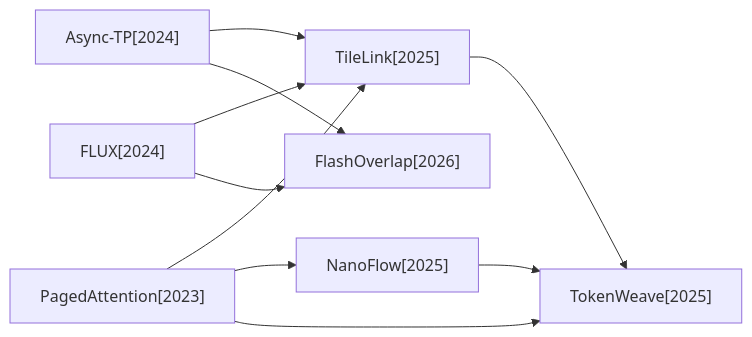
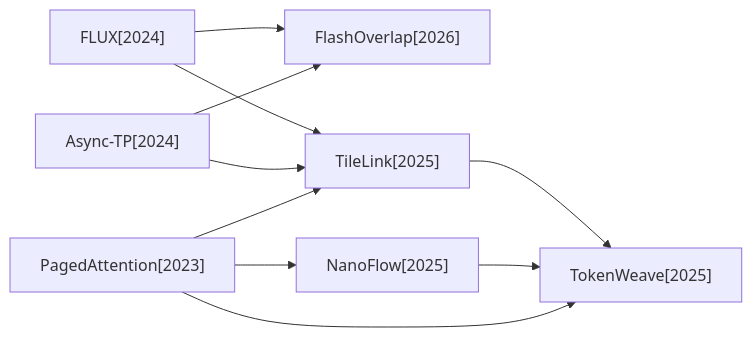
Before and after one commit to hustzxd/EfficientPaper: the first of 5 diagrams in docs/baseline_methods_graph.md, drawn with Mermaid. The commit also changed other lines of this file and 2 other files, not shown here.

````diff
--- a/docs/baseline_methods_graph.md
+++ b/docs/baseline_methods_graph.md
@@ -7,19 +7,19 @@
 ```mermaid
 flowchart LR
+    2026_FlashOverlap["FlashOverlap[2026]"]
+    2024_FLUX["FLUX[2024]"]
+    2024_Async_TP["Async-TP[2024]"]
+    2025_TokenWeave["TokenWeave[2025]"]
     2025_TileLink["TileLink[2025]"]
-    2026_FlashOverlap["FlashOverlap[2026]"]
     2025_NanoFlow["NanoFlow[2025]"]
     2023_PagedAttention["PagedAttention[2023]"]
-    2024_Async_TP["Async-TP[2024]"]
-    2024_FLUX["FLUX[2024]"]
-    2025_TokenWeave["TokenWeave[2025]"]
+    2024_FLUX --> 2025_TileLink
+    2024_FLUX --> 2026_FlashOverlap
+    2024_Async_TP --> 2025_TileLink
+    2024_Async_TP --> 2026_FlashOverlap
     2025_TileLink --> 2025_TokenWeave
     2025_NanoFlow --> 2025_TokenWeave
     2023_PagedAttention --> 2025_TileLink
     2023_PagedAttention --> 2025_NanoFlow
     2023_PagedAttention --> 2025_TokenWeave
-    2024_Async_TP --> 2025_TileLink
-    2024_Async_TP --> 2026_FlashOverlap
-    2024_FLUX --> 2025_TileLink
-    2024_FLUX --> 2026_FlashOverlap
 ```
````
